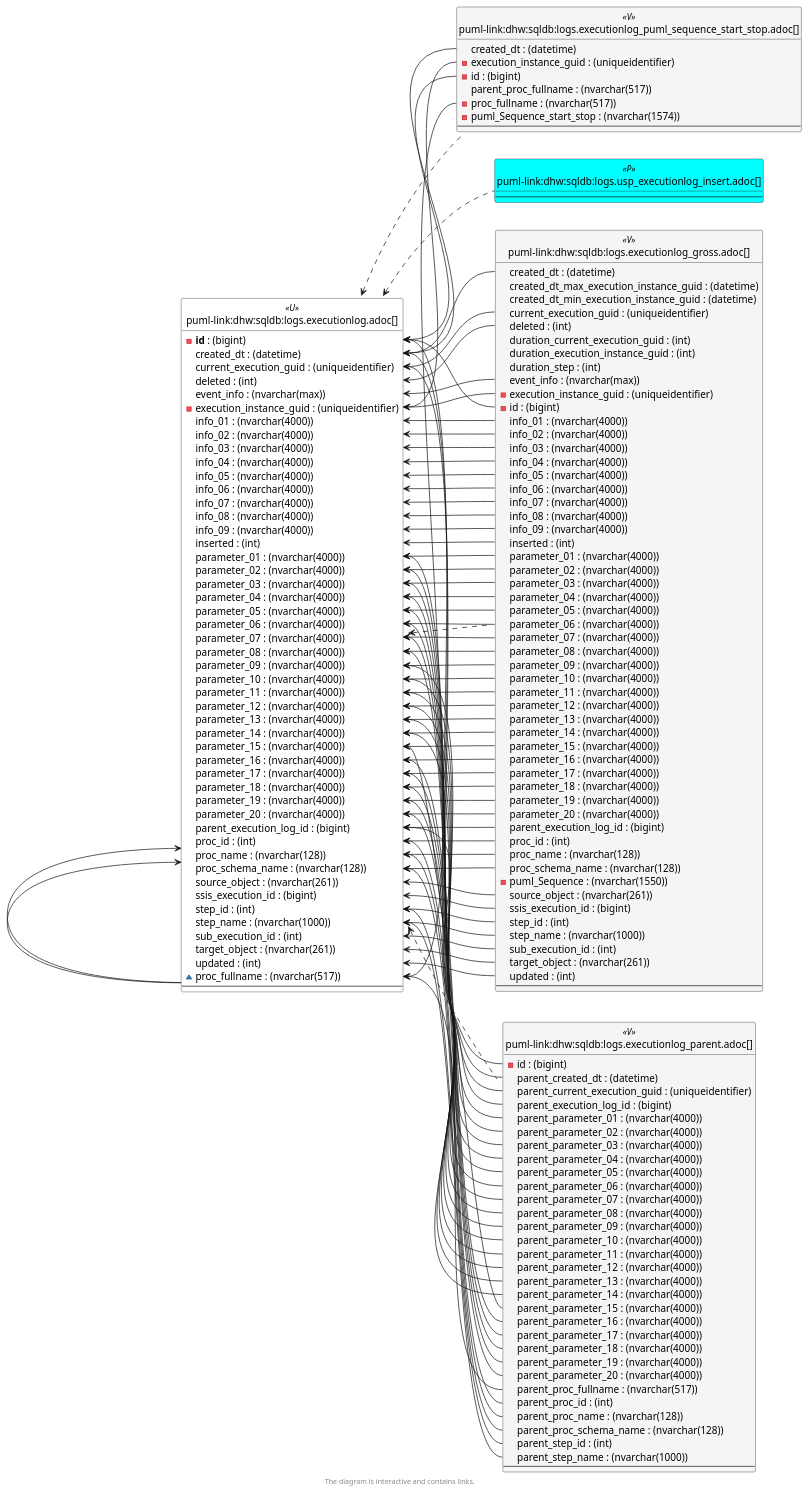
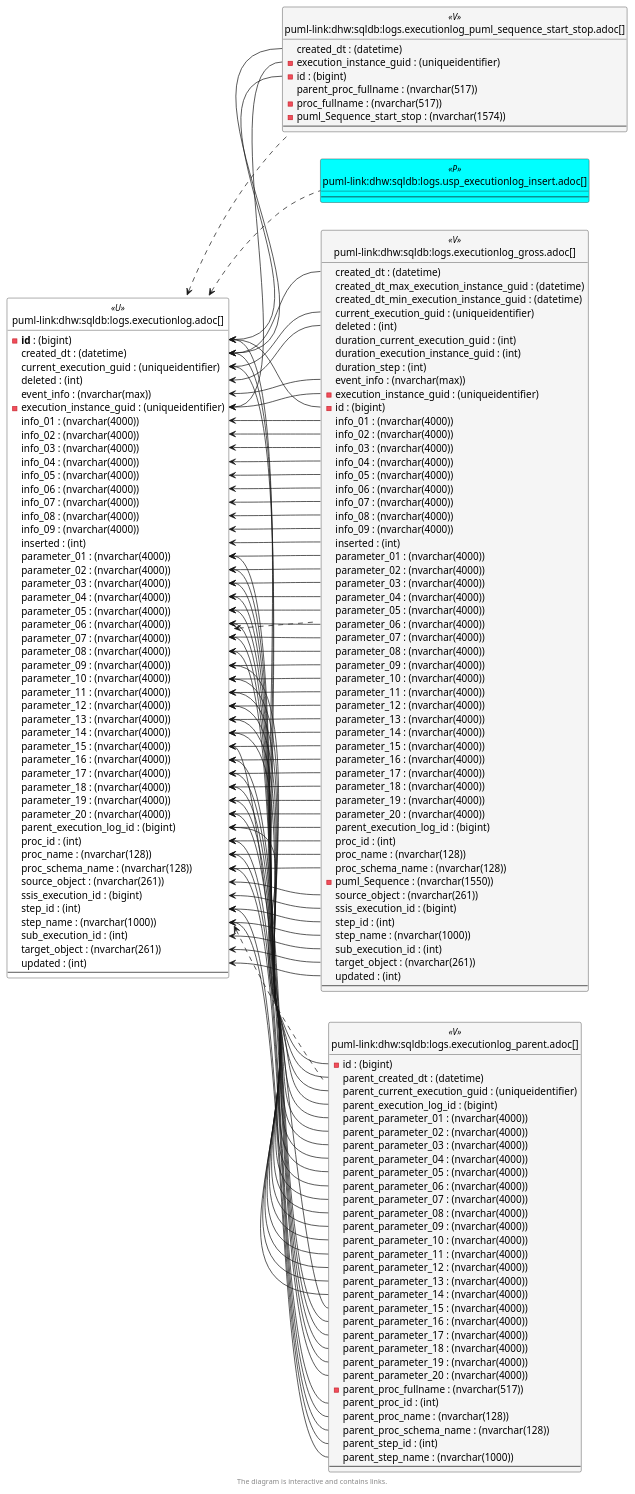
The sixth of 6 diagrams in docs/modules/sqldb/partials/content/logs.executionlog.adoc (DataHandwerk/dhw-antora-sqldb), drawn with PlantUML before and after one commit. The commit also changed other lines of this file and 701 other files, not shown here.

```diff
--- a/docs/modules/sqldb/partials/content/logs.executionlog.adoc
+++ b/docs/modules/sqldb/partials/content/logs.executionlog.adoc
@@ -2772,7 +2715,6 @@
   sub_execution_id : (int)
   target_object : (nvarchar(261))
   updated : (int)
-  ~ proc_fullname : (nvarchar(517))
   --
 }
 
@@ -2858,7 +2800,7 @@
   parent_parameter_18 : (nvarchar(4000))
   parent_parameter_19 : (nvarchar(4000))
   parent_parameter_20 : (nvarchar(4000))
-  parent_proc_fullname : (nvarchar(517))
+  - parent_proc_fullname : (nvarchar(517))
   parent_proc_id : (int)
   parent_proc_name : (nvarchar(128))
   parent_proc_schema_name : (nvarchar(128))
@@ -2881,13 +2823,13 @@
   --
 }
 
-logs.ExecutionLog <.. logs.usp_ExecutionLog_insert
 logs.ExecutionLog <.. logs.ExecutionLog_gross
 logs.ExecutionLog <.. logs.ExecutionLog_parent
 logs.ExecutionLog <.. logs.ExecutionLog_puml_Sequence_start_stop
+logs.ExecutionLog <.. logs.usp_ExecutionLog_insert
+"logs.ExecutionLog::created_dt" <-- "logs.ExecutionLog_gross::created_dt"
+"logs.ExecutionLog::created_dt" <-- "logs.ExecutionLog_parent::parent_created_dt"
 "logs.ExecutionLog::created_dt" <-- "logs.ExecutionLog_puml_Sequence_start_stop::created_dt"
-"logs.ExecutionLog::created_dt" <-- "logs.ExecutionLog_parent::parent_created_dt"
-"logs.ExecutionLog::created_dt" <-- "logs.ExecutionLog_gross::created_dt"
 "logs.ExecutionLog::current_execution_guid" <-- "logs.ExecutionLog_gross::current_execution_guid"
 "logs.ExecutionLog::current_execution_guid" <-- "logs.ExecutionLog_parent::parent_current_execution_guid"
 "logs.ExecutionLog::deleted" <-- "logs.ExecutionLog_gross::deleted"
@@ -2909,62 +2851,58 @@
 "logs.ExecutionLog::inserted" <-- "logs.ExecutionLog_gross::inserted"
 "logs.ExecutionLog::parameter_01" <-- "logs.ExecutionLog_gross::parameter_01"
 "logs.ExecutionLog::parameter_01" <-- "logs.ExecutionLog_parent::parent_parameter_01"
+"logs.ExecutionLog::parameter_02" <-- "logs.ExecutionLog_gross::parameter_02"
 "logs.ExecutionLog::parameter_02" <-- "logs.ExecutionLog_parent::parent_parameter_02"
-"logs.ExecutionLog::parameter_02" <-- "logs.ExecutionLog_gross::parameter_02"
 "logs.ExecutionLog::parameter_03" <-- "logs.ExecutionLog_gross::parameter_03"
 "logs.ExecutionLog::parameter_03" <-- "logs.ExecutionLog_parent::parent_parameter_03"
+"logs.ExecutionLog::parameter_04" <-- "logs.ExecutionLog_gross::parameter_04"
 "logs.ExecutionLog::parameter_04" <-- "logs.ExecutionLog_parent::parent_parameter_04"
-"logs.ExecutionLog::parameter_04" <-- "logs.ExecutionLog_gross::parameter_04"
 "logs.ExecutionLog::parameter_05" <-- "logs.ExecutionLog_gross::parameter_05"
 "logs.ExecutionLog::parameter_05" <-- "logs.ExecutionLog_parent::parent_parameter_05"
+"logs.ExecutionLog::parameter_06" <-- "logs.ExecutionLog_gross::parameter_06"
 "logs.ExecutionLog::parameter_06" <-- "logs.ExecutionLog_parent::parent_parameter_06"
-"logs.ExecutionLog::parameter_06" <-- "logs.ExecutionLog_gross::parameter_06"
 "logs.ExecutionLog::parameter_07" <-- "logs.ExecutionLog_gross::parameter_07"
 "logs.ExecutionLog::parameter_07" <-- "logs.ExecutionLog_parent::parent_parameter_07"
+"logs.ExecutionLog::parameter_08" <-- "logs.ExecutionLog_gross::parameter_08"
 "logs.ExecutionLog::parameter_08" <-- "logs.ExecutionLog_parent::parent_parameter_08"
-"logs.ExecutionLog::parameter_08" <-- "logs.ExecutionLog_gross::parameter_08"
 "logs.ExecutionLog::parameter_09" <-- "logs.ExecutionLog_gross::parameter_09"
 "logs.ExecutionLog::parameter_09" <-- "logs.ExecutionLog_parent::parent_parameter_09"
+"logs.ExecutionLog::parameter_10" <-- "logs.ExecutionLog_gross::parameter_10"
 "logs.ExecutionLog::parameter_10" <-- "logs.ExecutionLog_parent::parent_parameter_10"
-"logs.ExecutionLog::parameter_10" <-- "logs.ExecutionLog_gross::parameter_10"
 "logs.ExecutionLog::parameter_11" <-- "logs.ExecutionLog_gross::parameter_11"
 "logs.ExecutionLog::parameter_11" <-- "logs.ExecutionLog_parent::parent_parameter_11"
+"logs.ExecutionLog::parameter_12" <-- "logs.ExecutionLog_gross::parameter_12"
 "logs.ExecutionLog::parameter_12" <-- "logs.ExecutionLog_parent::parent_parameter_12"
-"logs.ExecutionLog::parameter_12" <-- "logs.ExecutionLog_gross::parameter_12"
 "logs.ExecutionLog::parameter_13" <-- "logs.ExecutionLog_gross::parameter_13"
 "logs.ExecutionLog::parameter_13" <-- "logs.ExecutionLog_parent::parent_parameter_13"
+"logs.ExecutionLog::parameter_14" <-- "logs.ExecutionLog_gross::parameter_14"
 "logs.ExecutionLog::parameter_14" <-- "logs.ExecutionLog_parent::parent_parameter_14"
-"logs.ExecutionLog::parameter_14" <-- "logs.ExecutionLog_gross::parameter_14"
 "logs.ExecutionLog::parameter_15" <-- "logs.ExecutionLog_gross::parameter_15"
 "logs.ExecutionLog::parameter_15" <-- "logs.ExecutionLog_parent::parent_parameter_15"
+"logs.ExecutionLog::parameter_16" <-- "logs.ExecutionLog_gross::parameter_16"
 "logs.ExecutionLog::parameter_16" <-- "logs.ExecutionLog_parent::parent_parameter_16"
-"logs.ExecutionLog::parameter_16" <-- "logs.ExecutionLog_gross::parameter_16"
 "logs.ExecutionLog::parameter_17" <-- "logs.ExecutionLog_gross::parameter_17"
 "logs.ExecutionLog::parameter_17" <-- "logs.ExecutionLog_parent::parent_parameter_17"
+"logs.ExecutionLog::parameter_18" <-- "logs.ExecutionLog_gross::parameter_18"
 "logs.ExecutionLog::parameter_18" <-- "logs.ExecutionLog_parent::parent_parameter_18"
-"logs.ExecutionLog::parameter_18" <-- "logs.ExecutionLog_gross::parameter_18"
 "logs.ExecutionLog::parameter_19" <-- "logs.ExecutionLog_gross::parameter_19"
 "logs.ExecutionLog::parameter_19" <-- "logs.ExecutionLog_parent::parent_parameter_19"
+"logs.ExecutionLog::parameter_20" <-- "logs.ExecutionLog_gross::parameter_20"
 "logs.ExecutionLog::parameter_20" <-- "logs.ExecutionLog_parent::parent_parameter_20"
-"logs.ExecutionLog::parameter_20" <-- "logs.ExecutionLog_gross::parameter_20"
+"logs.ExecutionLog::parent_execution_log_id" <-- "logs.ExecutionLog_gross::parent_execution_log_id"
 "logs.ExecutionLog::parent_execution_log_id" <-- "logs.ExecutionLog_parent::parent_execution_log_id"
-"logs.ExecutionLog::parent_execution_log_id" <-- "logs.ExecutionLog_gross::parent_execution_log_id"
-"logs.ExecutionLog::proc_fullname" <-- "logs.ExecutionLog_puml_Sequence_start_stop::proc_fullname"
-"logs.ExecutionLog::proc_fullname" <-- "logs.ExecutionLog_parent::parent_proc_fullname"
 "logs.ExecutionLog::proc_id" <-- "logs.ExecutionLog_gross::proc_id"
 "logs.ExecutionLog::proc_id" <-- "logs.ExecutionLog_parent::parent_proc_id"
+"logs.ExecutionLog::proc_name" <-- "logs.ExecutionLog_gross::proc_name"
 "logs.ExecutionLog::proc_name" <-- "logs.ExecutionLog_parent::parent_proc_name"
-"logs.ExecutionLog::proc_name" <-- "logs.ExecutionLog_gross::proc_name"
-"logs.ExecutionLog::proc_name" <-- "logs.ExecutionLog::proc_fullname"
-"logs.ExecutionLog::proc_schema_name" <-- "logs.ExecutionLog::proc_fullname"
 "logs.ExecutionLog::proc_schema_name" <-- "logs.ExecutionLog_gross::proc_schema_name"
 "logs.ExecutionLog::proc_schema_name" <-- "logs.ExecutionLog_parent::parent_proc_schema_name"
 "logs.ExecutionLog::source_object" <-- "logs.ExecutionLog_gross::source_object"
 "logs.ExecutionLog::ssis_execution_id" <-- "logs.ExecutionLog_gross::ssis_execution_id"
 "logs.ExecutionLog::step_id" <-- "logs.ExecutionLog_gross::step_id"
 "logs.ExecutionLog::step_id" <-- "logs.ExecutionLog_parent::parent_step_id"
+"logs.ExecutionLog::step_name" <-- "logs.ExecutionLog_gross::step_name"
 "logs.ExecutionLog::step_name" <-- "logs.ExecutionLog_parent::parent_step_name"
-"logs.ExecutionLog::step_name" <-- "logs.ExecutionLog_gross::step_name"
 "logs.ExecutionLog::sub_execution_id" <-- "logs.ExecutionLog_gross::sub_execution_id"
 "logs.ExecutionLog::target_object" <-- "logs.ExecutionLog_gross::target_object"
 "logs.ExecutionLog::updated" <-- "logs.ExecutionLog_gross::updated"
```
